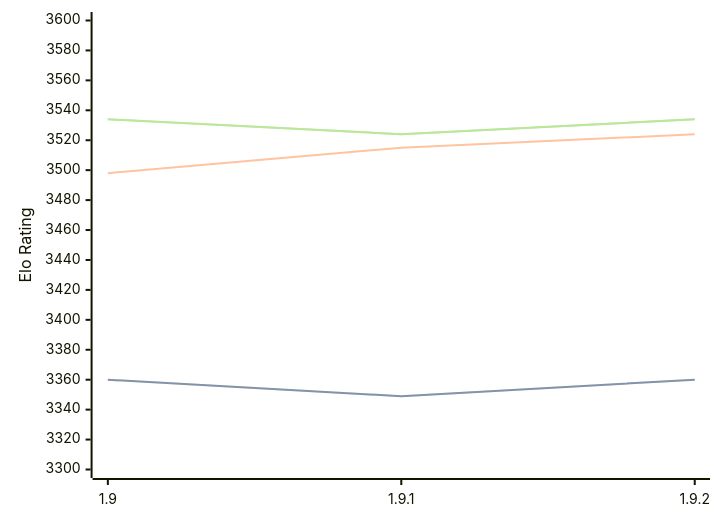
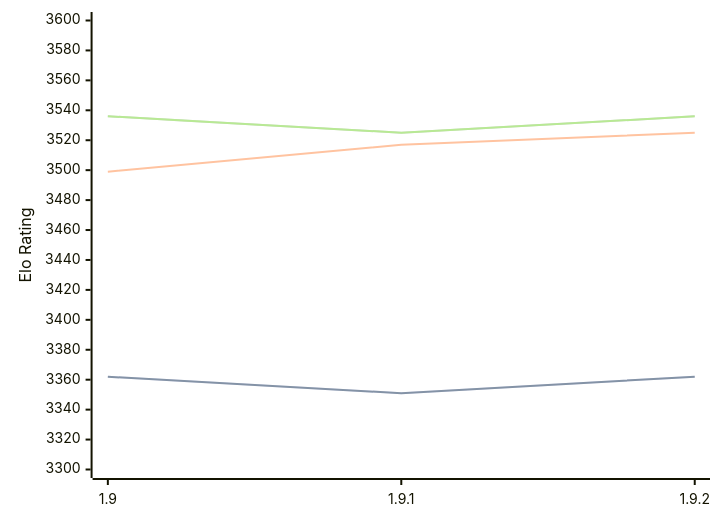
Before and after one commit to computer-chess-index/cci: the third of 3 diagrams in engines/Pawnocchio.md, drawn with Mermaid. The commit also changed other lines of this file, not shown here.

Commit message:
Update CCI Ratings (ELO VLTC) - 2026-06-23

````diff
--- a/engines/Pawnocchio.md
+++ b/engines/Pawnocchio.md
@@ -81,11 +81,11 @@
 ```mermaid
 %%{init: {"theme":"base","themeVariables":{"seriesColors:['#a3a3a3','#222221','#faa371']}}}%%
 xychart-beta
   x-axis ["1.9", "1.9.1", "1.9.2"]
   y-axis "Elo Rating" 3300 --> 3600
-  line "STC (8.0+0.08s)" [3360, 3349, 3360]
-  line "STC (8.0+0.08s)" [3360, 3349, 3360]
-  line "LTC (60.0+0.60s)" [3498, 3515, 3524]
-  line "VLTC (2m24s+1.12s)" [3534, 3524, 3534]
-  line "VLTC (2m24s+1.12s)" [3534, 3524, 3534]
+  line "STC (8.0+0.08s)" [3362, 3351, 3362]
+  line "STC (8.0+0.08s)" [3362, 3351, 3362]
+  line "LTC (60.0+0.60s)" [3499, 3517, 3525]
+  line "VLTC (2m24s+1.12s)" [3536, 3525, 3536]
+  line "VLTC (2m24s+1.12s)" [3536, 3525, 3536]
 ```
````
